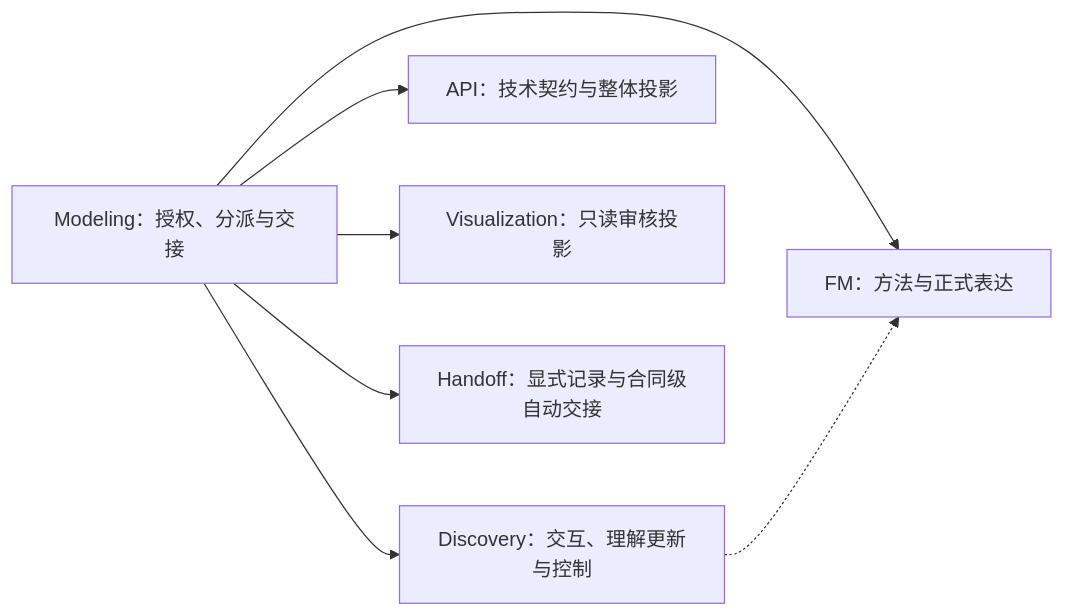
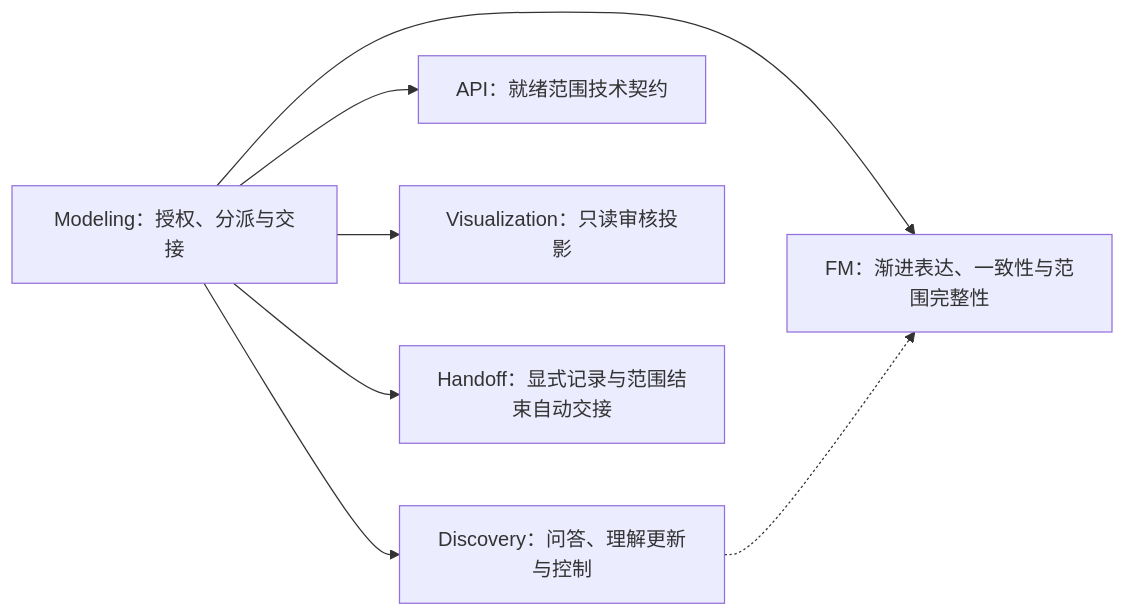
One commit to JayClock/Evidence-Framework changed the first of 2 diagrams in .agents/skills/evidence-modeling/references/workflow.md. Above: the diagram before and after it, drawn with Mermaid. The commit also changed other lines of this file and 74 other files, not shown here.

````diff
--- a/.agents/skills/evidence-modeling/references/workflow.md
+++ b/.agents/skills/evidence-modeling/references/workflow.md
@@ -9,15 +7,15 @@
 ```mermaid
 flowchart LR
     modeling[Modeling：授权、分派与交接]
-    discovery[Discovery：交互、理解更新与控制]
-    fm[FM：方法与正式表达]
-    api[API：技术契约与整体投影]
+    discovery[Discovery：问答、理解更新与控制]
+    fm[FM：渐进表达、一致性与范围完整性]
+    api[API：就绪范围技术契约]
     visual[Visualization：只读审核投影]
-    manual[Handoff：显式记录与合同级自动交接]
-    modeling --> manual
+    manual[Handoff：显式记录与范围结束自动交接]
     modeling --> discovery
     modeling --> fm
     modeling --> api
     modeling --> visual
+    modeling --> manual
     discovery -.-> fm
 ```
````
